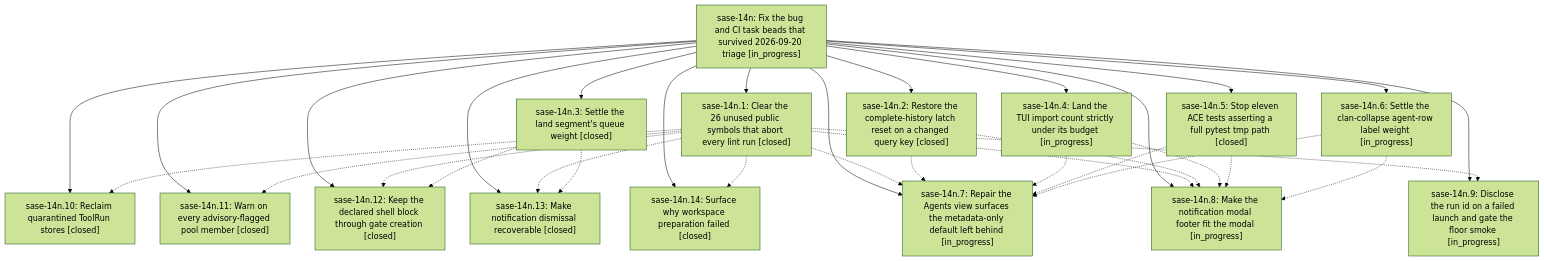
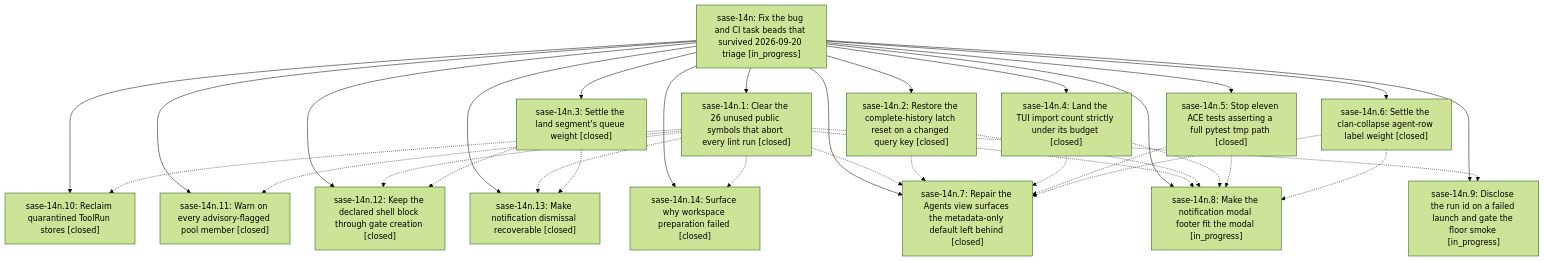
Before and after one commit to sase-org/sase--beads: the diagram in pages/sase-14n/README.md, drawn with Mermaid (forest theme). The commit also changed other lines of this file and 8 other files, not shown here.

````diff
--- a/pages/sase-14n/README.md
+++ b/pages/sase-14n/README.md
@@ -74,50 +74,50 @@
 ```mermaid
 flowchart TD
     n0["sase-14n: Fix the bug and CI task beads that survived 2026-09-20 triage [in_progress]"]
     n1["sase-14n.1: Clear the 26 unused public symbols that abort every lint run [closed]"]
     n2["sase-14n.10: Reclaim quarantined ToolRun stores [closed]"]
     n3["sase-14n.11: Warn on every advisory-flagged pool member [closed]"]
     n4["sase-14n.12: Keep the declared shell block through gate creation [closed]"]
     n5["sase-14n.13: Make notification dismissal recoverable [closed]"]
     n6["sase-14n.14: Surface why workspace preparation failed [closed]"]
     n7["sase-14n.2: Restore the complete-history latch reset on a changed query key [closed]"]
     n8["sase-14n.3: Settle the land segment's queue weight [closed]"]
-    n9["sase-14n.4: Land the TUI import count strictly under its budget [in_progress]"]
+    n9["sase-14n.4: Land the TUI import count strictly under its budget [closed]"]
     n10["sase-14n.5: Stop eleven ACE tests asserting a full pytest tmp path [closed]"]
-    n11["sase-14n.6: Settle the clan-collapse agent-row label weight [in_progress]"]
-    n12["sase-14n.7: Repair the Agents view surfaces the metadata-only default left behind [in_progress]"]
+    n11["sase-14n.6: Settle the clan-collapse agent-row label weight [closed]"]
+    n12["sase-14n.7: Repair the Agents view surfaces the metadata-only default left behind [closed]"]
     n13["sase-14n.8: Make the notification modal footer fit the modal [in_progress]"]
     n14["sase-14n.9: Disclose the run id on a failed launch and gate the floor smoke [in_progress]"]
     n0 --> n1
     n0 --> n2
     n0 --> n3
     n0 --> n4
     n0 --> n5
     n0 --> n6
     n0 --> n7
     n0 --> n8
     n0 --> n9
     n0 --> n10
     n0 --> n11
     n0 --> n12
     n0 --> n13
     n0 --> n14
     n1 -.-> n2
     n1 -.-> n3
     n1 -.-> n4
     n1 -.-> n5
     n1 -.-> n6
     n1 -.-> n12
     n1 -.-> n13
     n1 -.-> n14
     n7 -.-> n12
     n7 -.-> n13
     n8 -.-> n4
     n8 -.-> n5
     n9 -.-> n12
     n9 -.-> n13
     n10 -.-> n12
     n10 -.-> n13
     n11 -.-> n12
     n11 -.-> n13
 ```
````
